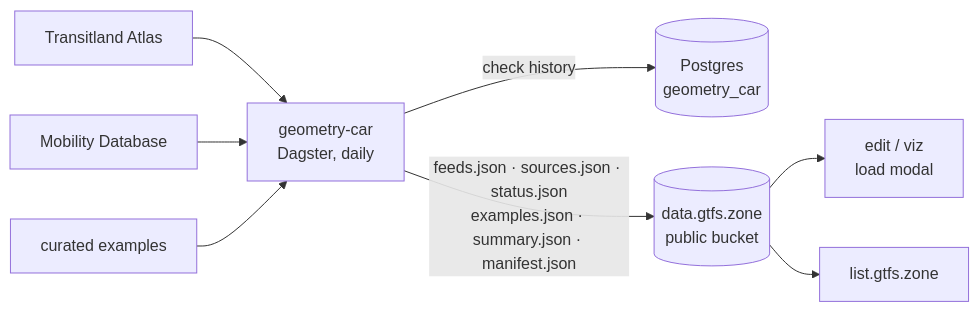
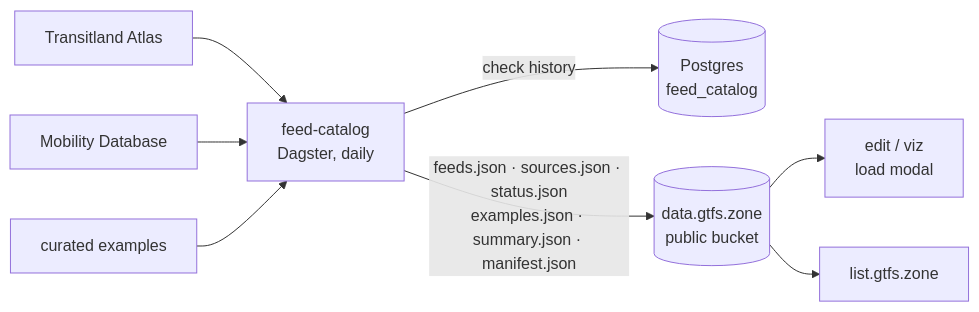
One commit to gtfs-zone/deploy-gtfs-rt changed the sixth of 8 diagrams in README.md. Above: the diagram before and after it, drawn with Mermaid. The commit also changed other lines of this file and 3 other files, not shown here.

````diff
--- a/README.md
+++ b/README.md
@@ -430,17 +430,17 @@
 ```mermaid
 flowchart LR
     tl["Transitland Atlas"]
     mdb["Mobility Database"]
     ex["curated examples"]
-    gc["geometry-car<br>Dagster, daily"]
-    pg[("Postgres<br>geometry_car")]
+    gc["feed-catalog<br>Dagster, daily"]
+    pg[("Postgres<br>feed_catalog")]
     bucket[("data.gtfs.zone<br>public bucket")]
     edit["edit / viz<br>load modal"]
     list["list.gtfs.zone"]
 
     tl & mdb & ex --> gc
     gc -->|"check history"| pg
     gc -->|"feeds.json · sources.json · status.json<br>examples.json · summary.json · manifest.json"| bucket
     bucket --> edit
     bucket --> list
 ```
````
